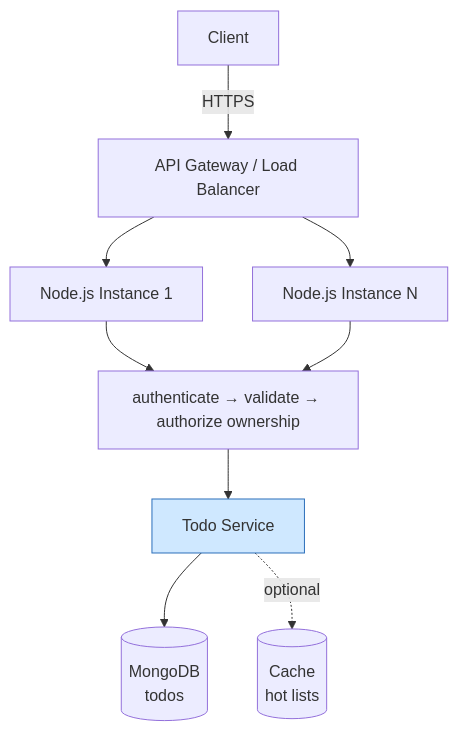
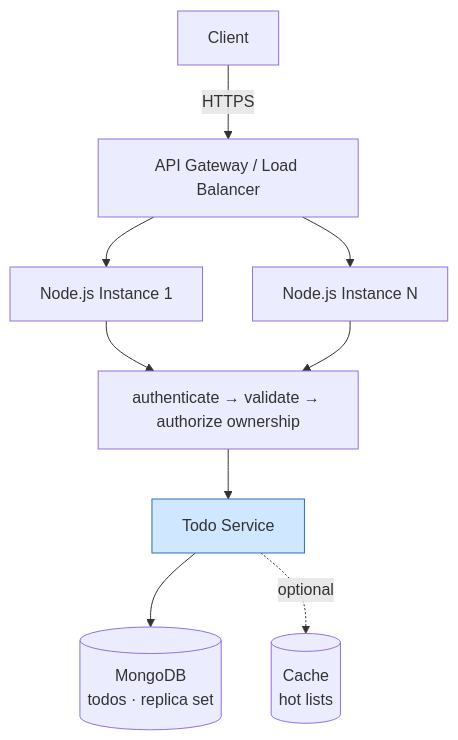
One commit to ravics09/system-design-pro changed the first of 7 diagrams in 06-basic-level-system-design-problems/02-todo-list-api/02-todo-list-api.md. Above: the diagram before and after it, drawn with Mermaid. The commit also changed other lines of this file and 22 other files, not shown here.

````diff
--- a/06-basic-level-system-design-problems/02-todo-list-api/02-todo-list-api.md
+++ b/06-basic-level-system-design-problems/02-todo-list-api/02-todo-list-api.md
@@ -58,12 +119,12 @@
 ```mermaid
 flowchart TD
     C[Client] -->|HTTPS| GW[API Gateway / Load Balancer]
     GW --> A1[Node.js Instance 1]
     GW --> A2[Node.js Instance N]
     A1 --> MW[authenticate → validate → authorize ownership]
     A2 --> MW
     MW --> S[Todo Service]
-    S --> M[(MongoDB<br/>todos)]
+    S --> M[(MongoDB<br/>todos · replica set)]
     S -.optional.-> R[(Cache<br/>hot lists)]
     style S fill:#cfe8ff,stroke:#2c6fbb
 ```
````
